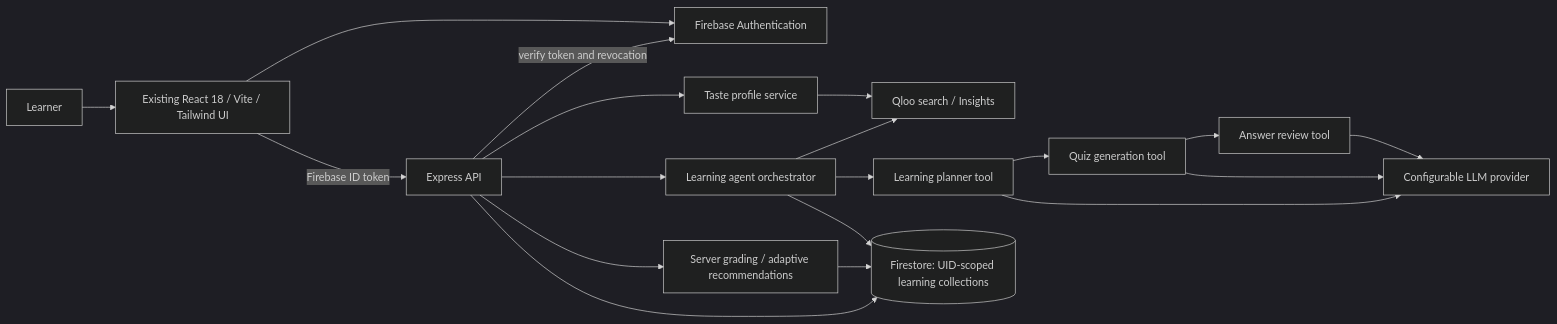
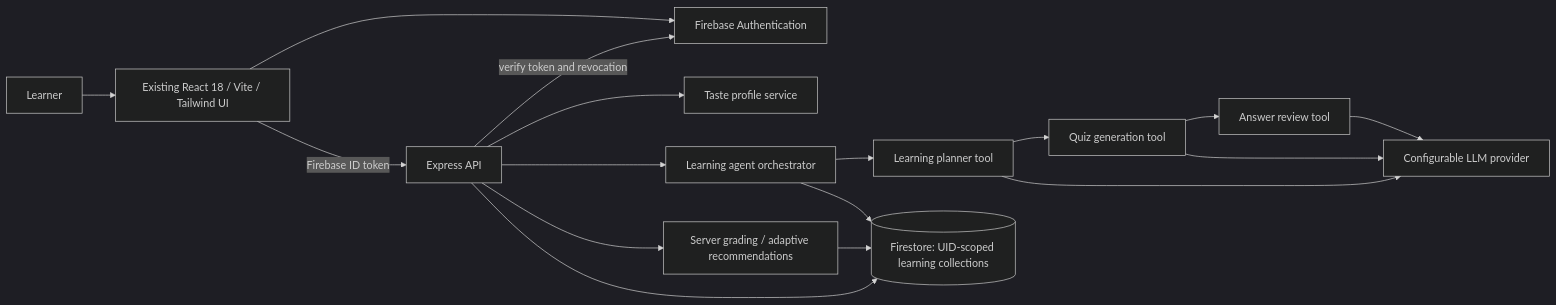
The diagram in README.md (fairpirate/learnByQuiz), drawn with Mermaid (dark theme) before and after one commit. The commit also changed other lines of this file and 30 other files, not shown here.

````diff
--- a/README.md
+++ b/README.md
@@ -14,17 +14,15 @@
 ```mermaid
 flowchart LR
   Learner --> React[Existing React 18 / Vite / Tailwind UI]
   React --> Auth[Firebase Authentication]
   React -->|Firebase ID token| API[Express API]
   API -->|verify token and revocation| Auth
   API --> Profiles[Taste profile service]
   API --> Agent[Learning agent orchestrator]
-  Profiles --> Qloo[Qloo search / Insights]
-  Agent --> Qloo
   Agent --> Planner[Learning planner tool]
   Planner --> Generator[Quiz generation tool]
   Generator --> Reviewer[Answer review tool]
   Planner & Generator & Reviewer --> LLM[Configurable LLM provider]
   API --> Analytics[Server grading / adaptive recommendations]
   API & Agent & Analytics --> DB[(Firestore: UID-scoped learning collections)]
 ```
````
